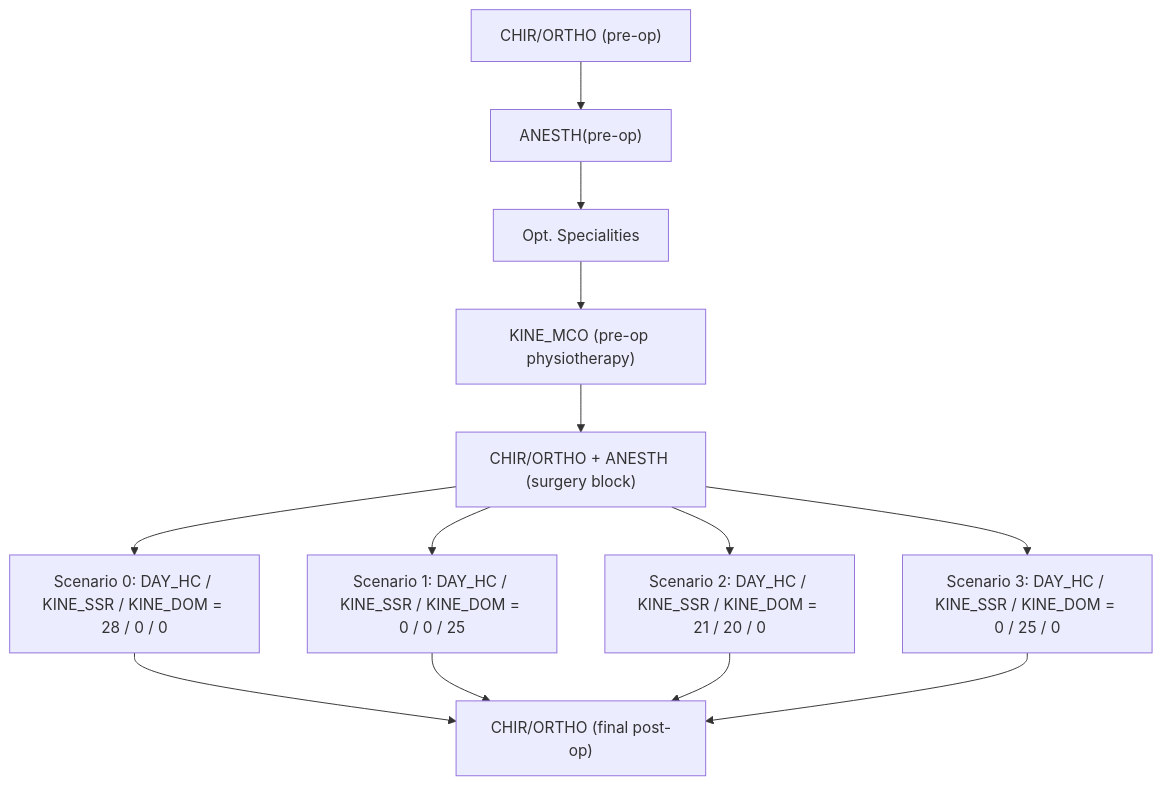
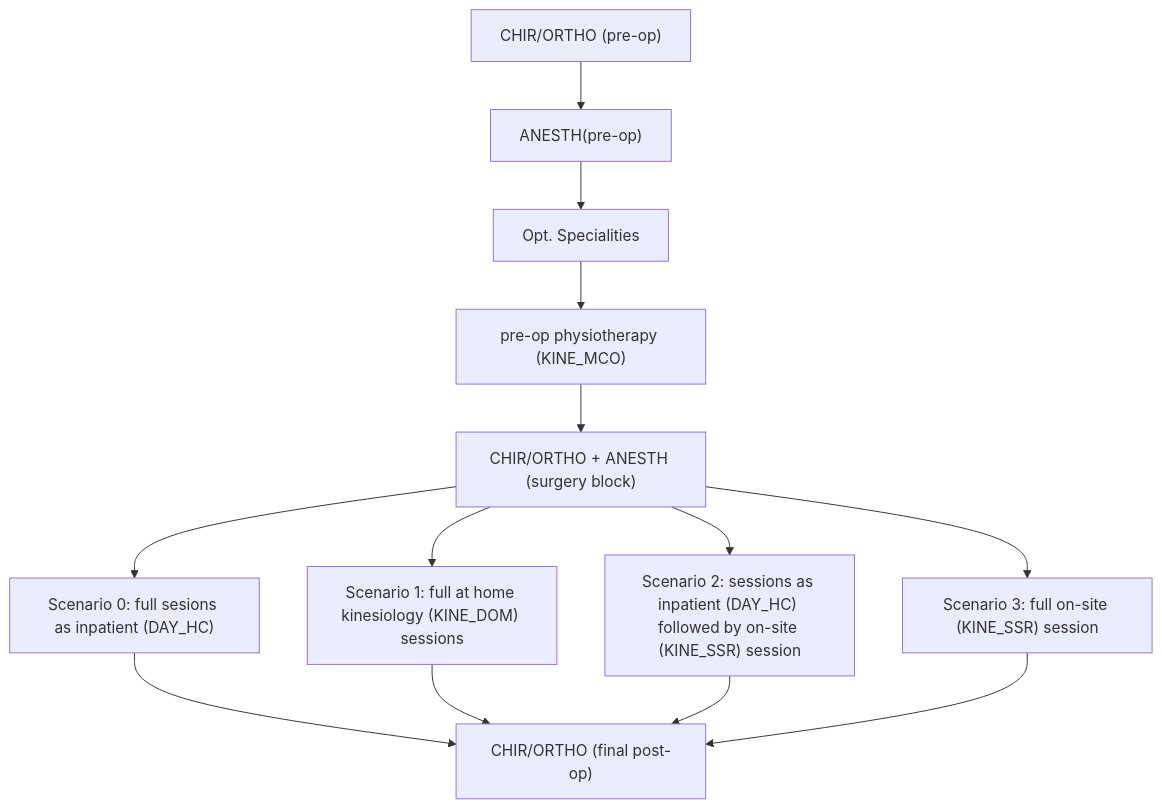
One commit to omar-rifai/safepaw changed the diagram in docs/instance_pthptg.qmd. Above: the diagram before and after it, drawn with Mermaid. The commit also changed other lines of this file and 5 other files, not shown here.

````diff
--- a/docs/instance_pthptg.qmd
+++ b/docs/instance_pthptg.qmd
@@ -85,15 +85,15 @@
 ```{mermaid}
 graph TD
   A["CHIR/ORTHO (pre-op)"] --> B["ANESTH(pre-op)"]
   B --> C["Opt. Specialities"]
-  C --> D["KINE_MCO (pre-op physiotherapy)"]
+  C --> D["pre-op physiotherapy (KINE_MCO)"]
   D --> E["CHIR/ORTHO + ANESTH (surgery block)"]
-  E --> F1["Scenario 0: DAY_HC / KINE_SSR / KINE_DOM = 28 / 0 / 0"]
-  E --> F2["Scenario 1: DAY_HC / KINE_SSR / KINE_DOM = 0 / 0 / 25"]
-  E --> F3["Scenario 2: DAY_HC / KINE_SSR / KINE_DOM = 21 / 20 / 0"]
-  E --> F4["Scenario 3: DAY_HC / KINE_SSR / KINE_DOM = 0 / 25 / 0"]
+  E --> F1["Scenario 0: full sesions as inpatient (DAY_HC)"]
+  E --> F2["Scenario 1: full at home kinesiology (KINE_DOM) sessions"]
+  E --> F3["Scenario 2: sessions as inpatient (DAY_HC) followed by on-site (KINE_SSR) session"]
+  E --> F4["Scenario 3: full on-site (KINE_SSR) session"]
   F1 --> G["CHIR/ORTHO (final post-op)"]
   F2 --> G
   F3 --> G
   F4 --> G
 ```
````
